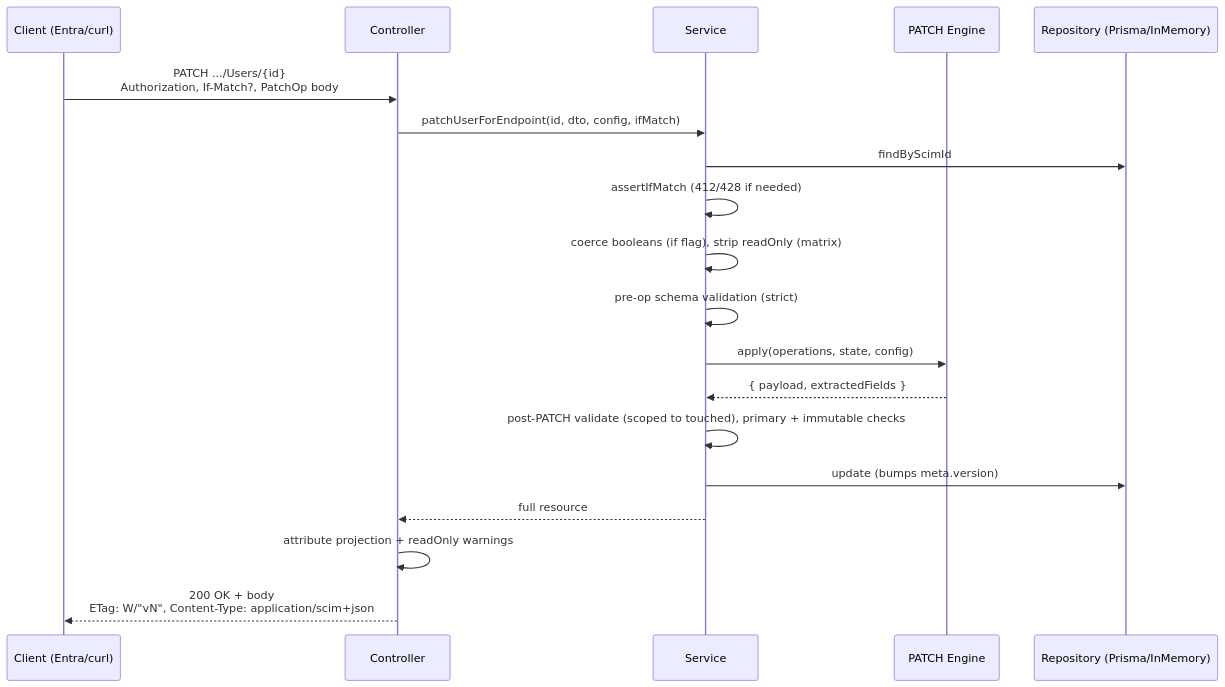
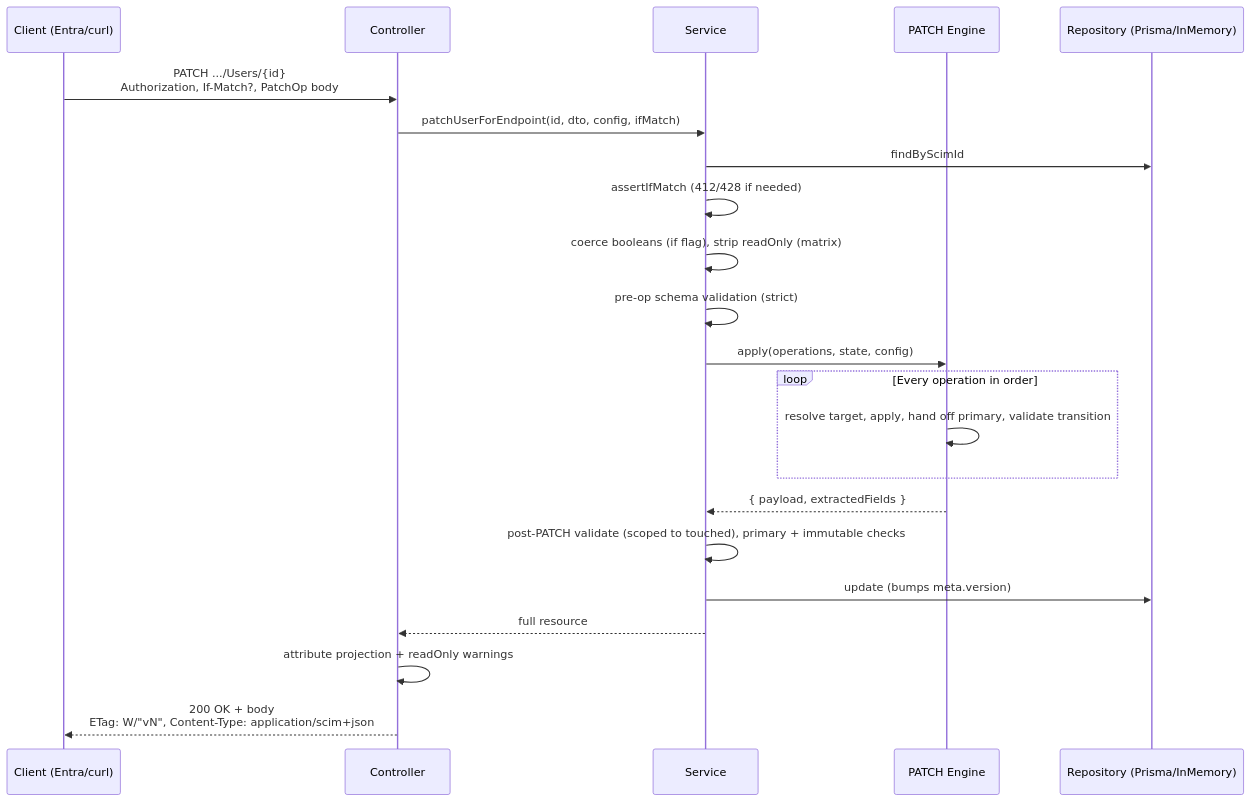
The second of 4 diagrams in docs/PATCH_OPERATIONS_COMPLETE_GUIDE.md (pranems/SCIMServer), drawn with Mermaid before and after one commit. The commit also changed other lines of this file and 35 other files, not shown here.

````diff
--- a/docs/PATCH_OPERATIONS_COMPLETE_GUIDE.md
+++ b/docs/PATCH_OPERATIONS_COMPLETE_GUIDE.md
@@ -129,21 +136,24 @@
 ```mermaid
 sequenceDiagram
     participant C as Client (Entra/curl)
     participant Ctrl as Controller
     participant Svc as Service
     participant Eng as PATCH Engine
     participant Repo as Repository (Prisma/InMemory)
     C->>Ctrl: PATCH .../Users/{id}<br/>Authorization, If-Match?, PatchOp body
     Ctrl->>Svc: patchUserForEndpoint(id, dto, config, ifMatch)
     Svc->>Repo: findByScimId
     Svc->>Svc: assertIfMatch (412/428 if needed)
     Svc->>Svc: coerce booleans (if flag), strip readOnly (matrix)
     Svc->>Svc: pre-op schema validation (strict)
     Svc->>Eng: apply(operations, state, config)
+    loop Every operation in order
+        Eng->>Eng: resolve target, apply, hand off primary, validate transition
+    end
     Eng-->>Svc: { payload, extractedFields }
     Svc->>Svc: post-PATCH validate (scoped to touched), primary + immutable checks
     Svc->>Repo: update (bumps meta.version)
     Svc-->>Ctrl: full resource
     Ctrl->>Ctrl: attribute projection + readOnly warnings
     Ctrl-->>C: 200 OK + body<br/>ETag: W/"vN", Content-Type: application/scim+json
 ```
````
